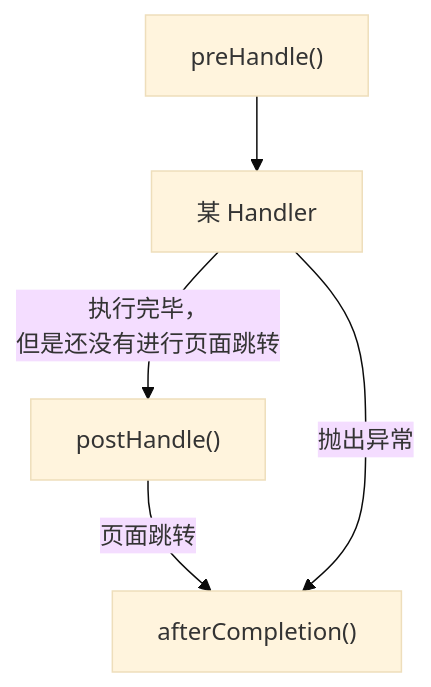
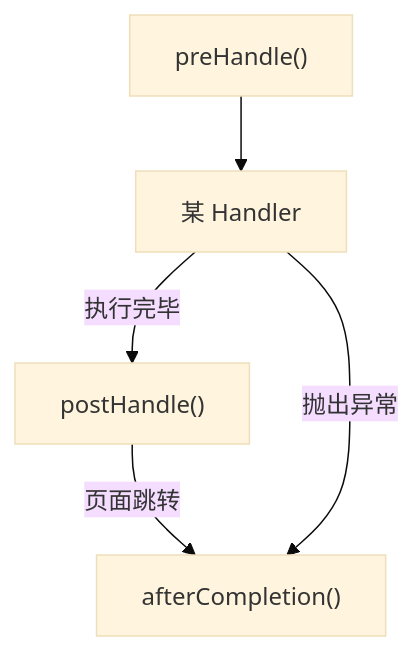
One commit to kekaiyuan/resource changed the third of 3 diagrams in _posts/java/framework/spring-mvc/2021-08-22-03-usage.md. Above: the diagram before and after it, drawn with Mermaid (base theme). The commit also changed other lines of this file, not shown here.

```diff
--- a/_posts/java/framework/spring-mvc/2021-08-22-03-usage.md
+++ b/_posts/java/framework/spring-mvc/2021-08-22-03-usage.md
@@ -685,7 +662,7 @@
 <div class="mermaid">
 graph TB;
 A["preHandle()"] --> B["某 Handler"];
-B["某 Handler"] -->|"执行完毕，<br>但是还没有进行页面跳转"| C["postHandle()"];
+B["某 Handler"] -->|"执行完毕"| C["postHandle()"];
 C -->|页面跳转| D["afterCompletion()"];
 B -->|抛出异常| D;
 </div>
```
